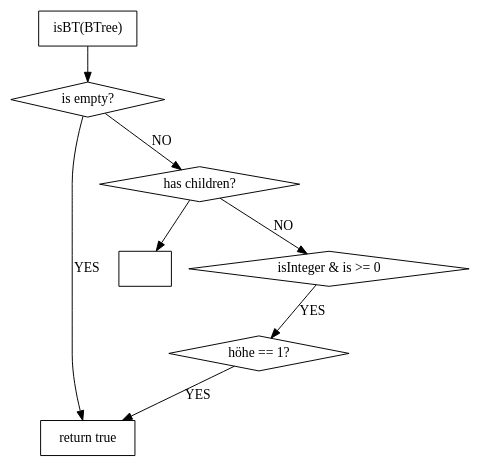
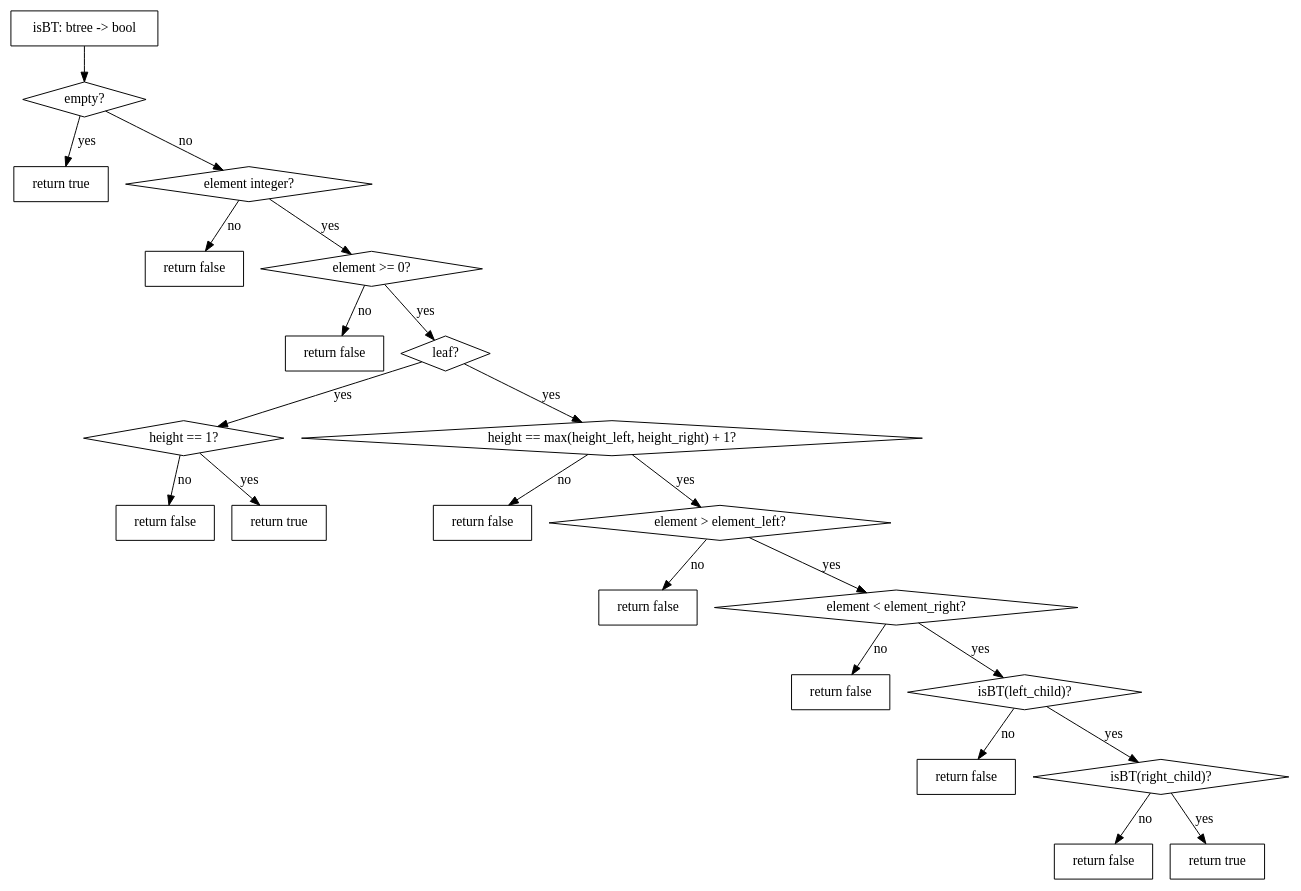
Before and after one commit to hugoppp-uni/Algorithmen-und-Datenstrukturen: the diagram in doc/isBt.gv, drawn with Graphviz. The commit also changed other lines of this file and 2 other files, not shown here.

```diff
--- a/doc/isBt.gv
+++ b/doc/isBt.gv
@@ -1,22 +1,54 @@
 digraph Q {
 
-    node [shape = box];
-    compound = true;
+node [shape = box];
+compound = true;
 
-    "isBT(BTree)" ->isEmpty
-
-    isEmpty [shape = diamond]
-    isEmpty -> "return true" [label = "YES"]
-    isEmpty -> isLeaf [label = "NO" , shape = diamaond]
-    isLeaf -> hohe2
-    isLeaf -> elementIsValid [label = "NO"]
-    elementIsValid-> hoheCorrect [label = "YES"]
-    hoheCorrect -> "return true" [label = "YES"]
-
-    hohe2[label = ""]
-    isEmpty [label = "is empty?"]
-    isLeaf [label = "has children?" shape = diamond ]
-    elementIsValid [label = "isInteger & is >= 0" shape = diamond]
-    hoheCorrect [label = "höhe == 1?"shape = diamond]
-
+//insert
+    "isBT: btree -> bool" -> a1
+    a1 [label = "empty?" shape = diamond]
+    a1 -> true1 [label = "yes"]
+    a1 -> a2 [label = "no"]
+    a2 [label = "element integer?" shape = diamond]
+    a2 -> false1 [label = "no"]
+    a2 -> a3 [label = "yes"]
+    a3 [label = "element >= 0?" shape = diamond]
+    a3 -> false2 [label = "no"]
+    a3 -> a4 [label = "yes"]
+    a4 [label = "leaf?" shape = diamond]
+    a4 -> a5 [label = "yes"]
+    //a4 -> a6 [label = "no"]
+    a5 [label = "height == 1?" shape = diamond]
+    a5 -> false3 [label = "no"]
+    a5 -> true2 [label = "yes"]
+    //a6 [label = "height > 0?" shape = diamond]
+    //a6 -> false [label = "no"]
+    a4 -> a7 [label = "yes"]
+    a7 [label = "height == max(height_left, height_right) + 1?" shape = diamond]
+    a7 -> false4 [label = "no"]
+    a7 -> a8 [label = "yes"]
+    a8 [label = "element > element_left?" shape = diamond]
+    a8 -> false5 [label = "no"]
+    a8 -> a9 [label = "yes"]
+    a9 [label = "element < element_right?" shape = diamond]
+    a9 -> false6 [label = "no"]
+    a9 -> a10 [label = "yes"]
+    a10 [label = "isBT(left_child)?" shape = diamond]
+    a10 -> false7 [label = "no"]
+    a10 -> a11 [label = "yes"]
+    a11 [label = "isBT(right_child)?" shape = diamond]
+    a11 -> false8 [label = "no"]
+    a11 -> true3 [label = "yes"]
+    
+    true1 [label = "return true"]
+    false1 [label = "return false"]
+    true2 [label = "return true"]
+    false2 [label = "return false"]
+    true3 [label = "return true"]
+    false3 [label = "return false"]
+    false4 [label = "return false"]
+    false5 [label = "return false"]
+    false6 [label = "return false"]
+    false7 [label = "return false"]
+    false8 [label = "return false"]
+    
 }
```
